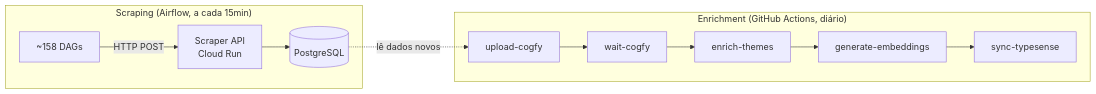
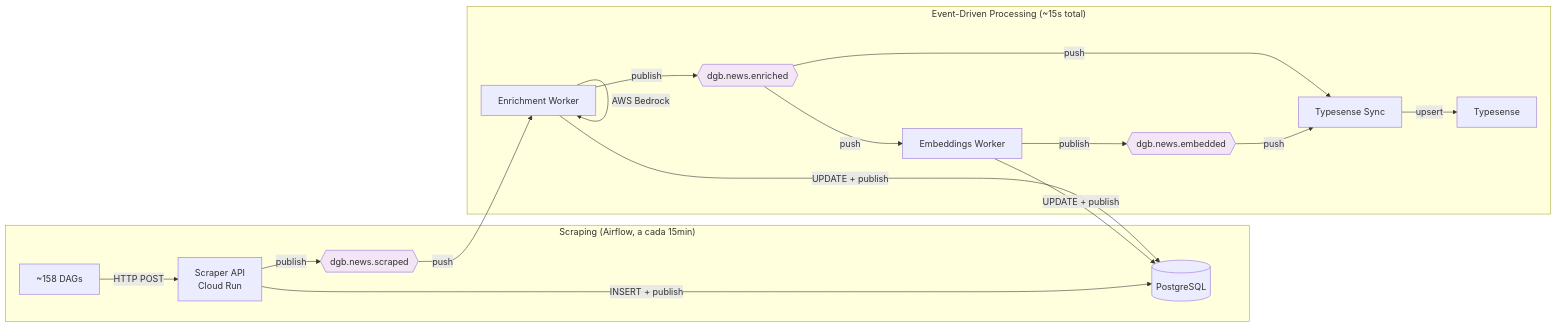
One commit to destaquesgovbr/docs changed the first of 2 diagrams in docs/workflows/scraper-pipeline.md. Above: the diagram before and after it, drawn with Mermaid. The commit also changed other lines of this file and 3 other files, not shown here.

First line of the commit message:
docs: atualiza diagramas removendo Cogfy e refletindo arquitetura event-driven

````diff
--- a/docs/workflows/scraper-pipeline.md
+++ b/docs/workflows/scraper-pipeline.md
@@ -12,16 +17,27 @@
 ```mermaid
 flowchart LR
     subgraph "Scraping (Airflow, a cada 15min)"
         DAG[~158 DAGs] -->|HTTP POST| API[Scraper API<br/>Cloud Run]
-        API --> PG[(PostgreSQL)]
+        API -->|INSERT + publish| PG[(PostgreSQL)]
+        API -->|publish| PS1{{dgb.news.scraped}}
     end
 
-    subgraph "Enrichment (GitHub Actions, diário)"
-        UC[upload-cogfy] --> W[wait-cogfy]
-        W --> EN[enrich-themes]
-        EN --> EMB[generate-embeddings]
-        EMB --> TS[sync-typesense]
+    subgraph "Event-Driven Processing (~15s total)"
+        PS1 -->|push| EW[Enrichment Worker]
+        EW -->|AWS Bedrock| EW
+        EW -->|UPDATE + publish| PG
+        EW -->|publish| PS2{{dgb.news.enriched}}
+        
+        PS2 -->|push| EAPI[Embeddings Worker]
+        EAPI -->|UPDATE + publish| PG
+        EAPI -->|publish| PS3{{dgb.news.embedded}}
+        
+        PS2 -->|push| TSW[Typesense Sync]
+        PS3 -->|push| TSW
+        TSW -->|upsert| TS[Typesense]
     end
 
-    PG -.->|lê dados novos| UC
+    style PS1 fill:#f3e5f5
+    style PS2 fill:#f3e5f5
+    style PS3 fill:#f3e5f5
 ```
````
